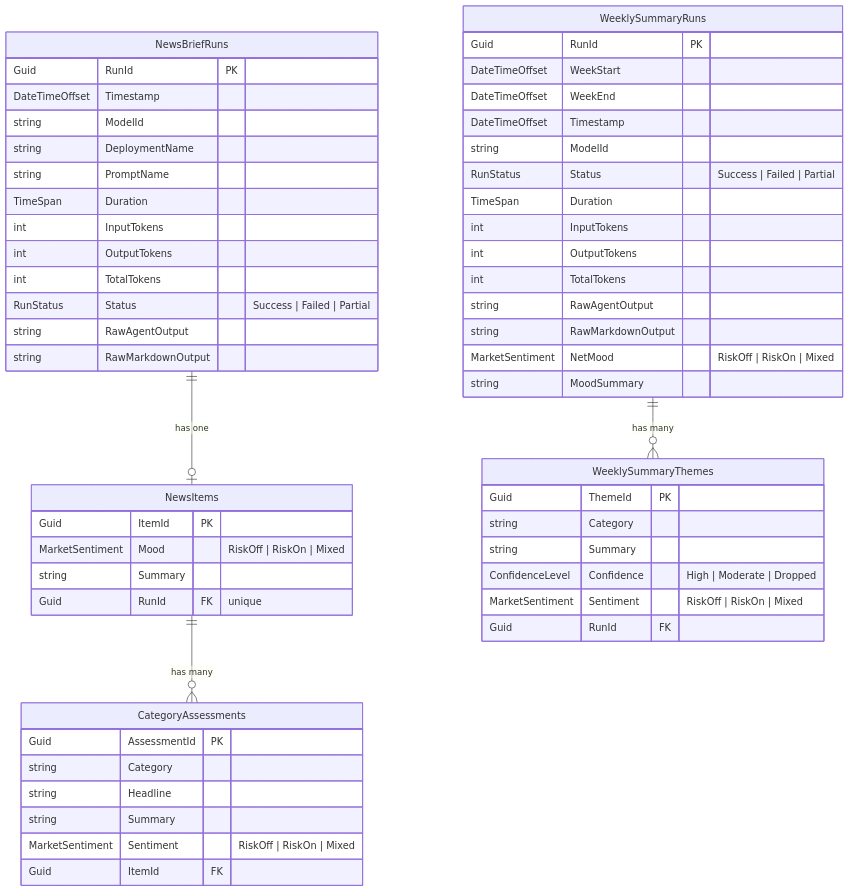
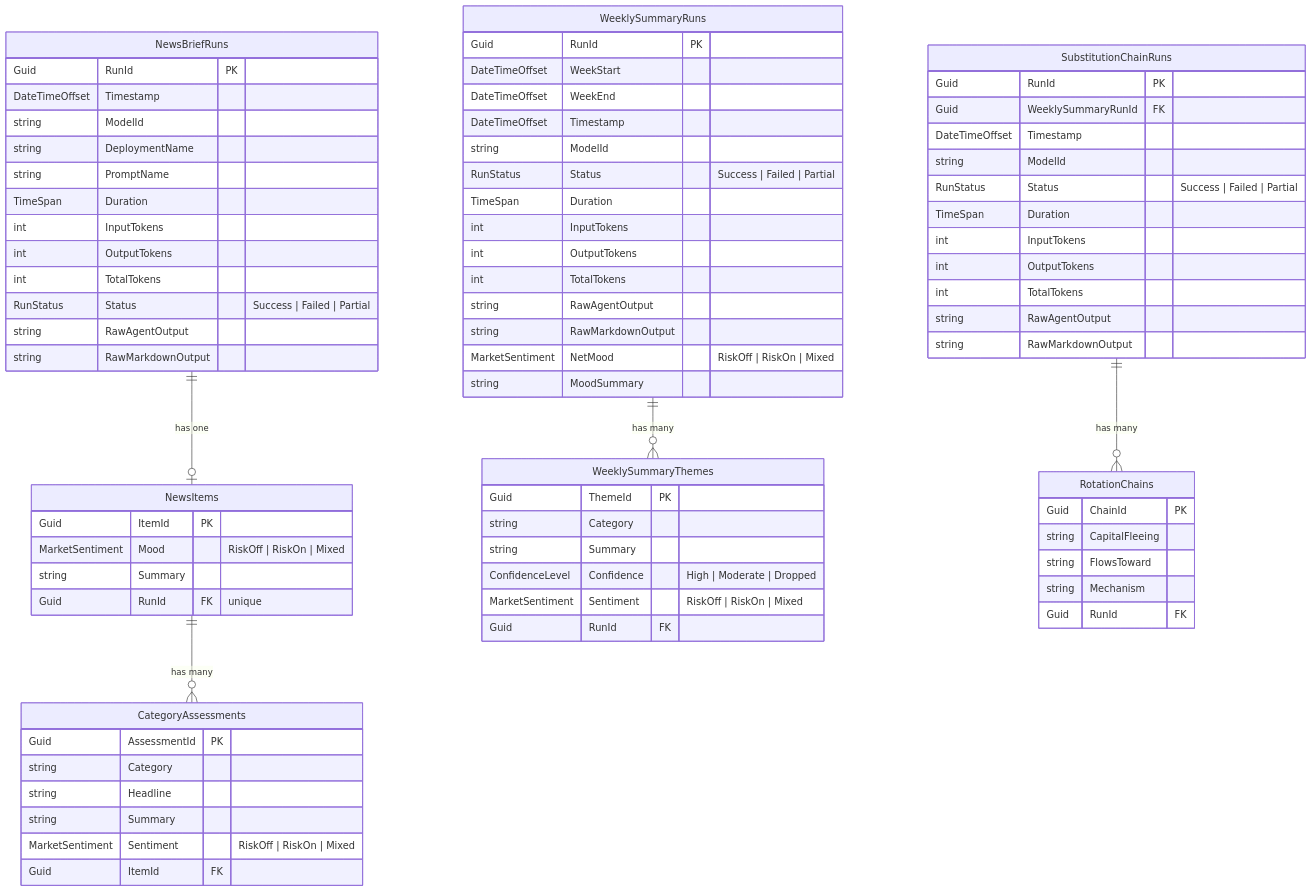
The second of 2 diagrams in FikaForecast/README.md (Muhomorik/KanelBulleKapital), drawn with Mermaid before and after one commit. The commit also changed other lines of this file and 30 other files, not shown here.

First line of the commit message:
Add Substitution Chain functionality:

````diff
--- a/FikaForecast/README.md
+++ b/FikaForecast/README.md
@@ -224,7 +228,30 @@
         Guid RunId FK
     }
 
+    SubstitutionChainRuns {
+        Guid RunId PK
+        Guid WeeklySummaryRunId FK
+        DateTimeOffset Timestamp
+        string ModelId
+        RunStatus Status "Success | Failed | Partial"
+        TimeSpan Duration
+        int InputTokens
+        int OutputTokens
+        int TotalTokens
+        string RawAgentOutput
+        string RawMarkdownOutput
+    }
+
+    RotationChains {
+        Guid ChainId PK
+        string CapitalFleeing
+        string FlowsToward
+        string Mechanism
+        Guid RunId FK
+    }
+
     NewsBriefRuns ||--o| NewsItems : "has one"
     NewsItems ||--o{ CategoryAssessments : "has many"
     WeeklySummaryRuns ||--o{ WeeklySummaryThemes : "has many"
+    SubstitutionChainRuns ||--o{ RotationChains : "has many"
 ```
````
